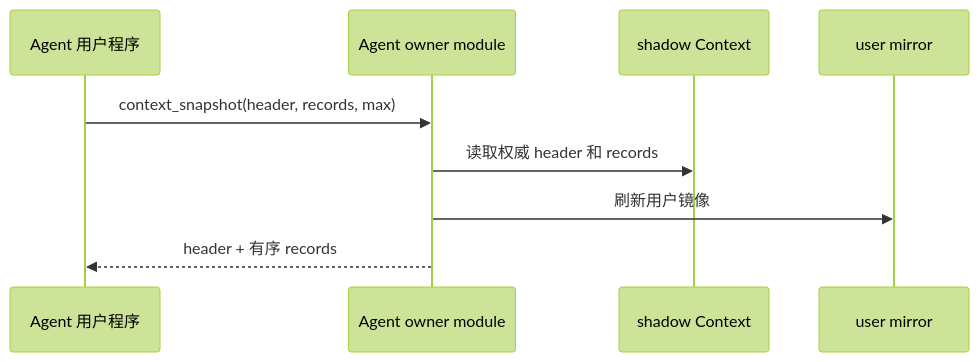
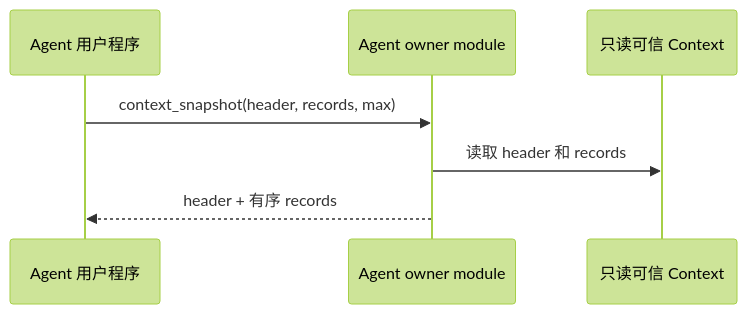
Before and after one commit to yushugulao/Agent-OS: the fifth of 11 diagrams in docs/agentos/design.md, drawn with Mermaid (forest theme). The commit also changed other lines of this file and 185 other files, not shown here.

````diff
--- a/docs/agentos/design.md
+++ b/docs/agentos/design.md
@@ -279,11 +281,9 @@
 ```mermaid
 sequenceDiagram
     participant U as Agent 用户程序
     participant A as Agent owner module
-    participant S as shadow Context
-    participant M as user mirror
+    participant C as 只读可信 Context
     U->>A: context_snapshot(header, records, max)
-    A->>S: 读取权威 header 和 records
-    A->>M: 刷新用户镜像
+    A->>C: 读取 header 和 records
     A-->>U: header + 有序 records
 ```
````
